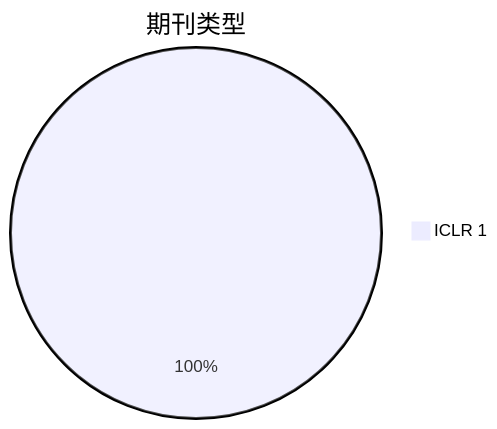
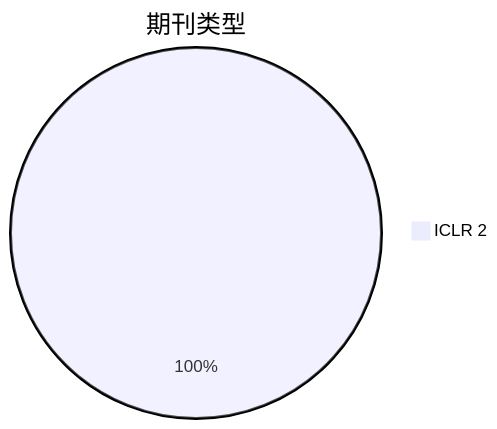
The second of 4 diagrams in Attack/Adversarial_Attack/CV/analyse.md (Elephant-King9/Paper), drawn with Mermaid before and after one commit. The commit also changed other lines of this file and 4 other files, not shown here.

````diff
--- a/Attack/Adversarial_Attack/CV/analyse.md
+++ b/Attack/Adversarial_Attack/CV/analyse.md
@@ -19,4 +20,4 @@
 ```mermaid
 pie title 期刊类型
-	"ICLR 1" : 1
+	"ICLR 2" : 2
 ```
````
